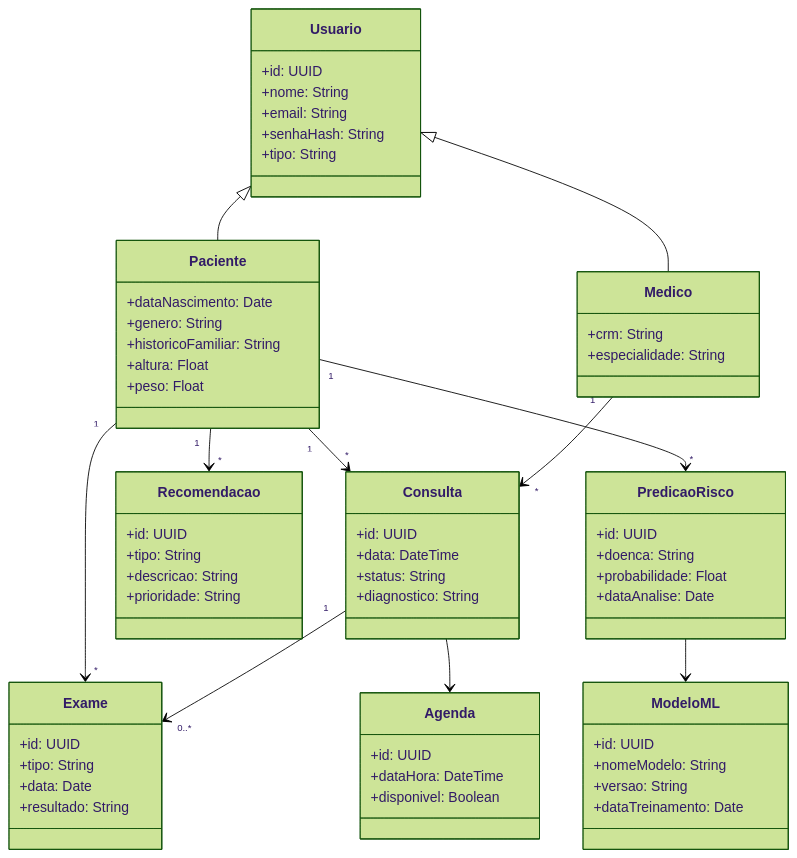
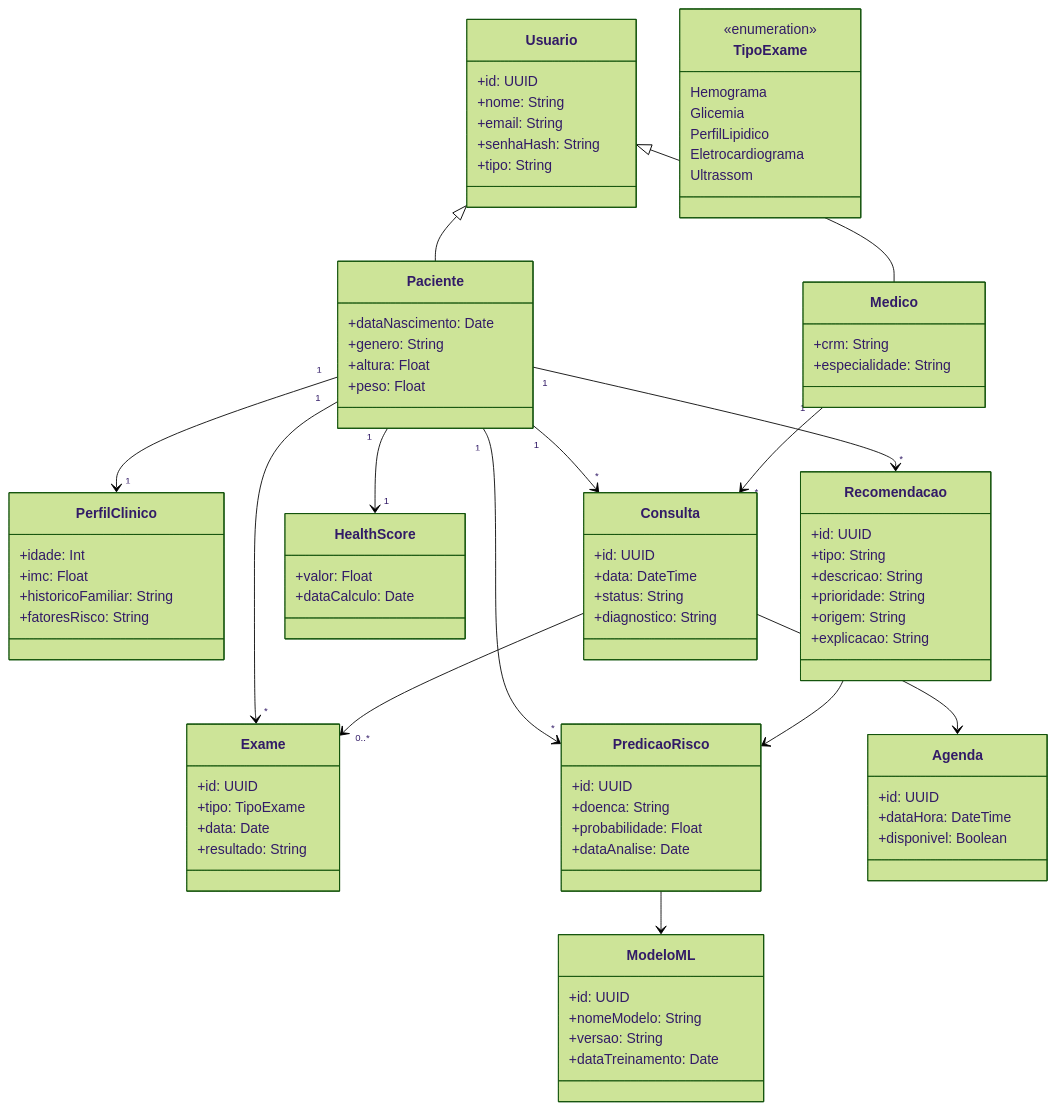
Before and after one commit to ccps1-care-predict/care-plus-ccps1: the first of 2 diagrams in DIAGRAMA DE CLASSE.md, drawn with Mermaid (forest theme). The commit also changed other lines of this file, not shown here.

Commit message:
doc: diagrama de classe

`````diff
--- a/DIAGRAMA DE CLASSE.md
+++ b/DIAGRAMA DE CLASSE.md
@@ -14,7 +25,6 @@
 class Paciente {
   +dataNascimento: Date
   +genero: String
-  +historicoFamiliar: String
   +altura: Float
   +peso: Float
 }
@@ -22,6 +32,13 @@
 class Medico {
   +crm: String
   +especialidade: String
+}
+
+class PerfilClinico {
+  +idade: Int
+  +imc: Float
+  +historicoFamiliar: String
+  +fatoresRisco: String
 }
 
 class Consulta {
@@ -33,9 +50,30 @@
 
 class Exame {
   +id: UUID
-  +tipo: String
+  +tipo: TipoExame
   +data: Date
   +resultado: String
+}
+
+class TipoExame {
+  <<enumeration>>
+  Hemograma
+  Glicemia
+  PerfilLipidico
+  Eletrocardiograma
+  Ultrassom
+}
+
+class PredicaoRisco {
+  +id: UUID
+  +doenca: String
+  +probabilidade: Float
+  +dataAnalise: Date
+}
+
+class HealthScore {
+  +valor: Float
+  +dataCalculo: Date
 }
 
 class Recomendacao {
@@ -43,13 +81,8 @@
   +tipo: String
   +descricao: String
   +prioridade: String
-}
-
-class PredicaoRisco {
-  +id: UUID
-  +doenca: String
-  +probabilidade: Float
-  +dataAnalise: Date
+  +origem: String
+  +explicacao: String
 }
 
 class ModeloML {
@@ -68,16 +101,19 @@
 Usuario <|-- Paciente
 Usuario <|-- Medico
 
+Paciente "1" --> "1" PerfilClinico
 Paciente "1" --> "*" Consulta
 Paciente "1" --> "*" Exame
+Paciente "1" --> "*" PredicaoRisco
 Paciente "1" --> "*" Recomendacao
-Paciente "1" --> "*" PredicaoRisco
+Paciente "1" --> "1" HealthScore
 
 Medico "1" --> "*" Consulta
 
-Consulta "1" --> "0..*" Exame
+Consulta --> Agenda
+Consulta --> "0..*" Exame
 
 PredicaoRisco --> ModeloML
 
-Consulta --> Agenda
-```
+Recomendacao --> PredicaoRisco
+````
`````
